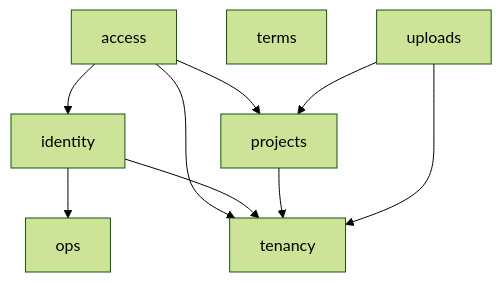
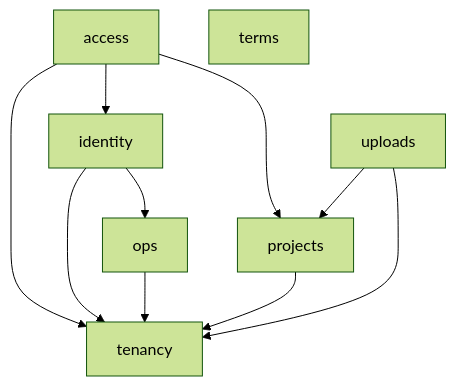
One commit to kingdonk-ops/Project-AIP changed the diagram in docs/architecture/module-map.md. Above: the diagram before and after it, drawn with Mermaid (forest theme). The commit also changed other lines of this file and 5 other files, not shown here.

````diff
--- a/docs/architecture/module-map.md
+++ b/docs/architecture/module-map.md
@@ -22,14 +22,14 @@
 ```mermaid
 graph TD
     access --> identity
     access --> projects
     access --> tenancy
     identity --> ops
     identity --> tenancy
-    ops
+    ops --> tenancy
     projects --> tenancy
     tenancy
     terms
     uploads --> projects
     uploads --> tenancy
 ```
````
